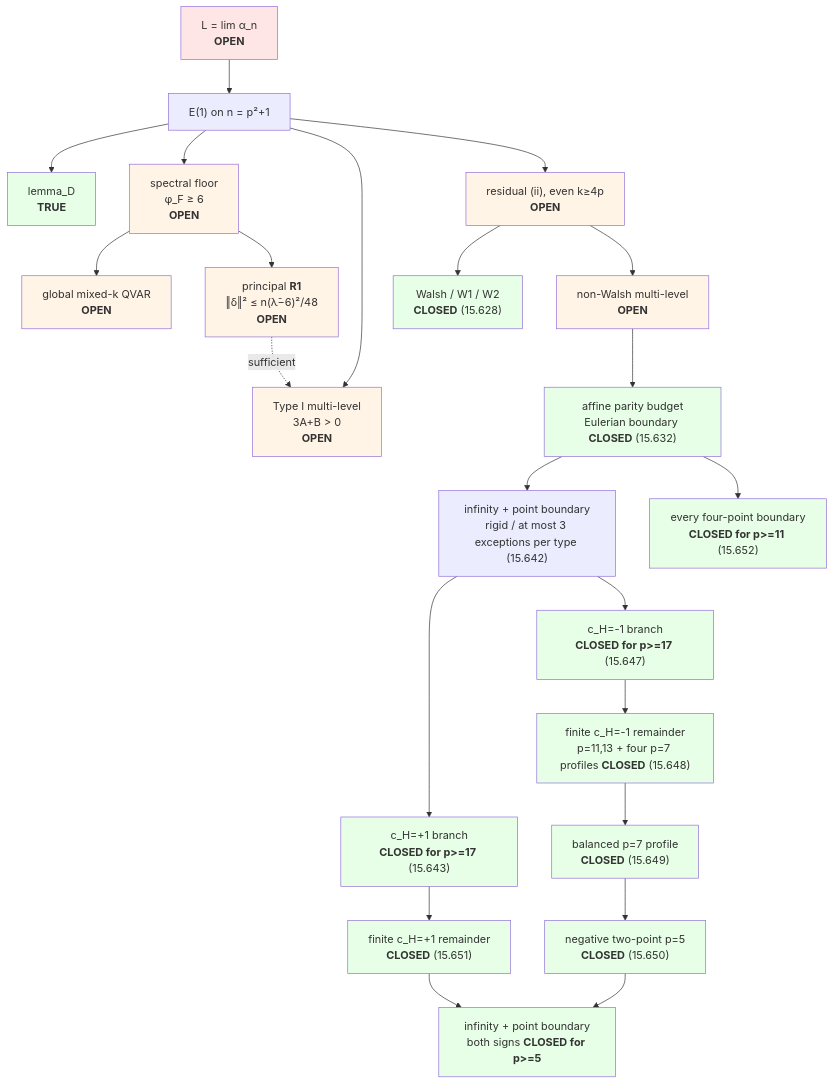
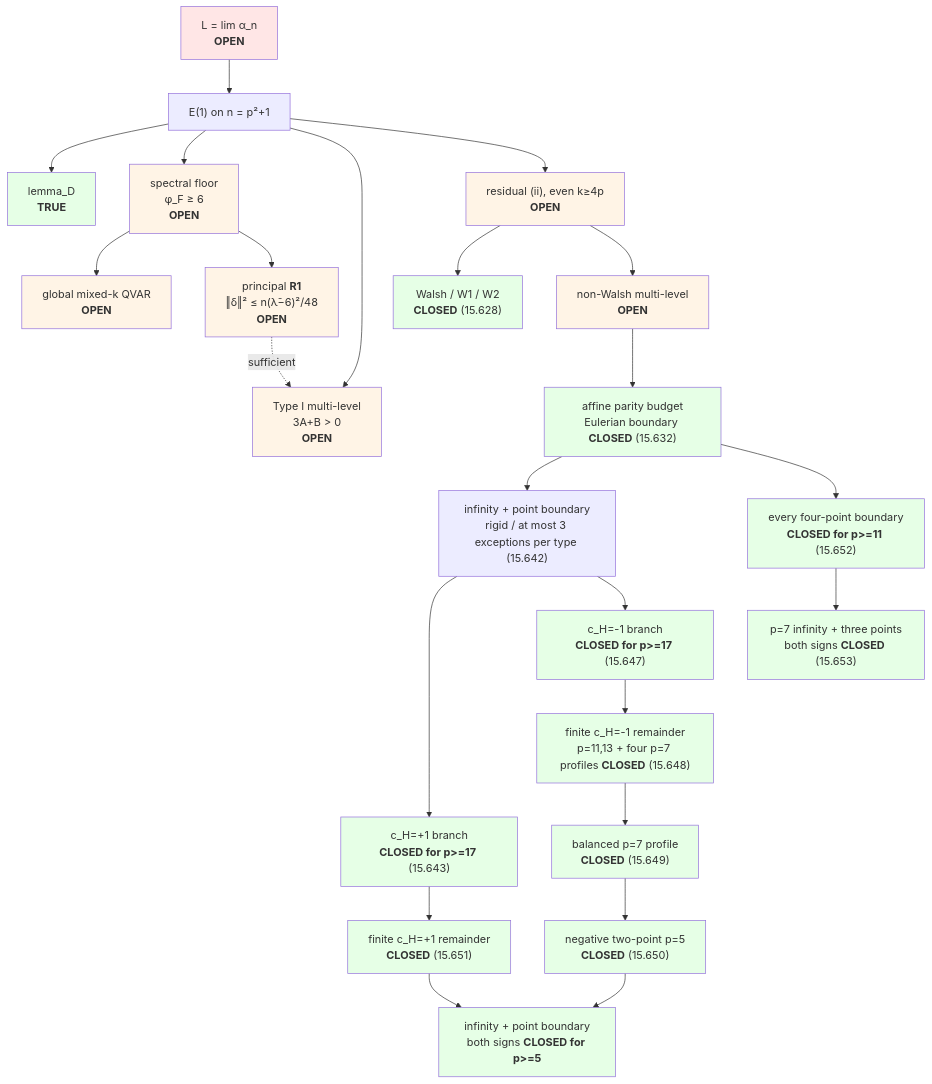
Before and after one commit to luckyseoul/quadratic-minmax-limit: the diagram in README.md, drawn with Mermaid. The commit also changed other lines of this file and 11 other files, not shown here.

Commit message:
Close the p7 infinity-plus-three branch

````diff
--- a/README.md
+++ b/README.md
@@ -116,42 +121,44 @@
 ```mermaid
 graph TD
     L["L = lim α_n<br/><b>OPEN</b>"] --> E1["E(1) on n = p²+1"]
     E1 --> D["lemma_D<br/><b>TRUE</b>"]
     E1 --> FLOOR["spectral floor<br/>φ_F ≥ 6<br/><b>OPEN</b>"]
     FLOOR --> QVAR["global mixed-k QVAR<br/><b>OPEN</b>"]
     FLOOR --> R1["principal <b>R1</b><br/>‖δ‖² ≤ n(λ̄−6)²/48<br/><b>OPEN</b>"]
     E1 --> TYPEI["Type I multi-level<br/>3A+B > 0<br/><b>OPEN</b>"]
     R1 -. sufficient .-> TYPEI
     E1 --> RES["residual (ii), even k≥4p<br/><b>OPEN</b>"]
     RES --> WALSH["Walsh / W1 / W2<br/><b>CLOSED</b> (15.628)"]
     RES --> MULTI["non-Walsh multi-level<br/><b>OPEN</b>"]
     MULTI --> BUDGET["affine parity budget<br/>Eulerian boundary <b>CLOSED</b> (15.632)"]
     BUDGET --> RIGID["infinity + point boundary<br/>rigid / at most 3 exceptions per type (15.642)"]
     RIGID --> POSKILL["c_H=+1 branch<br/><b>CLOSED for p>=17</b> (15.643)"]
     POSKILL --> POSFINITE["finite c_H=+1 remainder<br/><b>CLOSED</b> (15.651)"]
     RIGID --> NEGKILL["c_H=-1 branch<br/><b>CLOSED for p>=17</b> (15.647)"]
     NEGKILL --> NEGFINITE["finite c_H=-1 remainder<br/>p=11,13 + four p=7 profiles <b>CLOSED</b> (15.648)"]
     NEGFINITE --> P7BAL["balanced p=7 profile<br/><b>CLOSED</b> (15.649)"]
     P7BAL --> P5NEG["negative two-point p=5<br/><b>CLOSED</b> (15.650)"]
     POSFINITE --> TWOPT["infinity + point boundary<br/>both signs <b>CLOSED for p>=5</b>"]
     P5NEG --> TWOPT
     BUDGET --> FOUR["every four-point boundary<br/><b>CLOSED for p>=11</b> (15.652)"]
+    FOUR --> P7INF["p=7 infinity + three points<br/>both signs <b>CLOSED</b> (15.653)"]
     style L fill:#ffe6e6
     style D fill:#e6ffe6
     style FLOOR fill:#fff4e6
     style QVAR fill:#fff4e6
     style R1 fill:#fff4e6
     style TYPEI fill:#fff4e6
     style RES fill:#fff4e6
     style WALSH fill:#e6ffe6
     style MULTI fill:#fff4e6
     style BUDGET fill:#e6ffe6
     style P7BAL fill:#e6ffe6
     style P5NEG fill:#e6ffe6
     style POSFINITE fill:#e6ffe6
     style FOUR fill:#e6ffe6
+    style P7INF fill:#e6ffe6
     style TWOPT fill:#e6ffe6
     style POSKILL fill:#e6ffe6
     style NEGKILL fill:#e6ffe6
     style NEGFINITE fill:#e6ffe6
 ```
````
